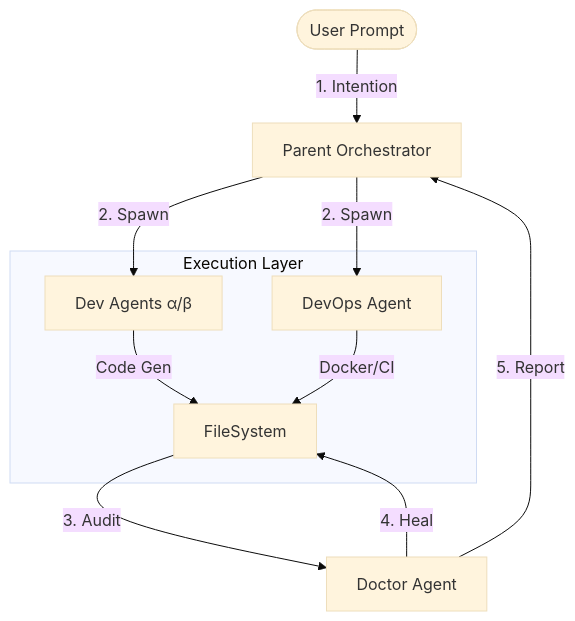
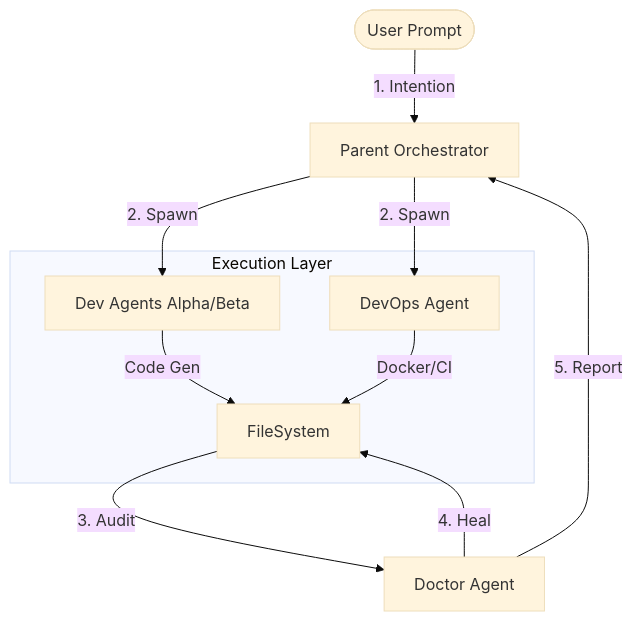
One commit to KanavjeetS/AI-Systems-Architect changed the diagram in README.md. Above: the diagram before and after it, drawn with Mermaid (base theme).

Commit message:
fix(docs): Replace unicode characters in Mermaid graph to fix GitHub rendering

````diff
--- a/README.md
+++ b/README.md
@@ -25,15 +25,15 @@
 ```mermaid
 graph TD
     User([User Prompt]) -->|1. Intention| Parent[Parent Orchestrator]
-    Parent -->|2. Spawn| Dev[Dev Agents α/β]
+    Parent -->|2. Spawn| Dev[Dev Agents Alpha/Beta]
     Parent -->|2. Spawn| Ops[DevOps Agent]
     
     subgraph "Execution Layer"
         Dev -->|Code Gen| FileSystem
         Ops -->|Docker/CI| FileSystem
     end
     
     FileSystem -->|3. Audit| Doctor[Doctor Agent]
     Doctor -->|4. Heal| FileSystem
     Doctor -->|5. Report| Parent
 ```
````
